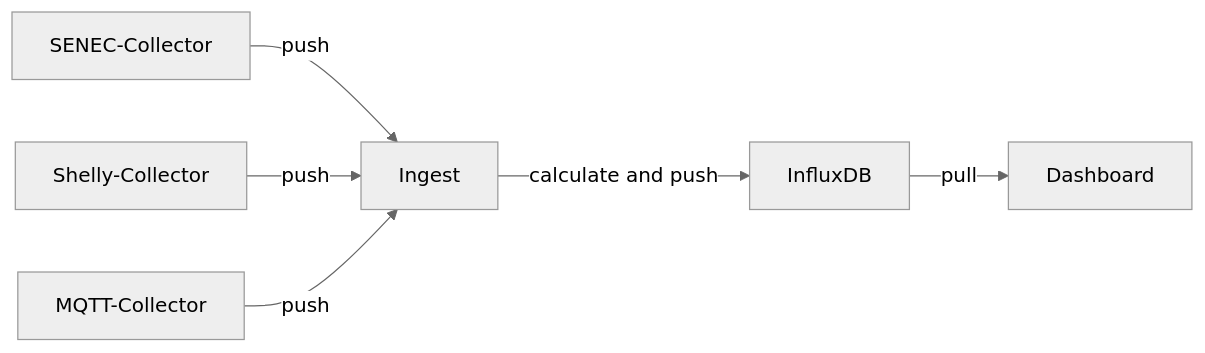
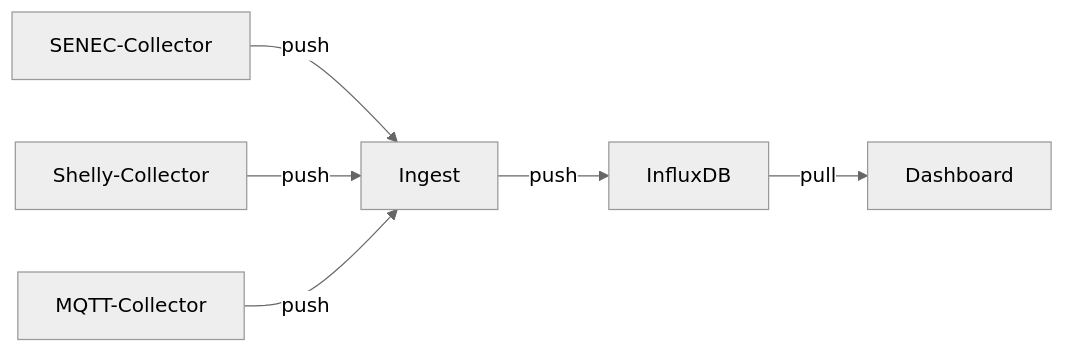
One commit to solectrus/ingest changed the second of 2 diagrams in README.md. Above: the diagram before and after it, drawn with Mermaid (neutral theme). The commit also changed other lines of this file, not shown here.

````diff
--- a/README.md
+++ b/README.md
@@ -38,15 +38,15 @@
 ```mermaid
 graph LR
   CollectorA[SENEC-Collector]
   CollectorB[Shelly-Collector]
   CollectorC[MQTT-Collector]
   Influx[InfluxDB]
   Ingest[Ingest]
   Dashboard[Dashboard]
 
-  CollectorA --> |push| Ingest
-  CollectorB --> |push| Ingest
-  CollectorC --> |push| Ingest
-  Ingest --> |calculate and push| Influx
-  Influx --> |pull| Dashboard
+  CollectorA -->|push| Ingest
+  CollectorB -->|push| Ingest
+  CollectorC -->|push| Ingest
+  Ingest -->|push| Influx
+  Influx -->|pull| Dashboard
 ```
````
